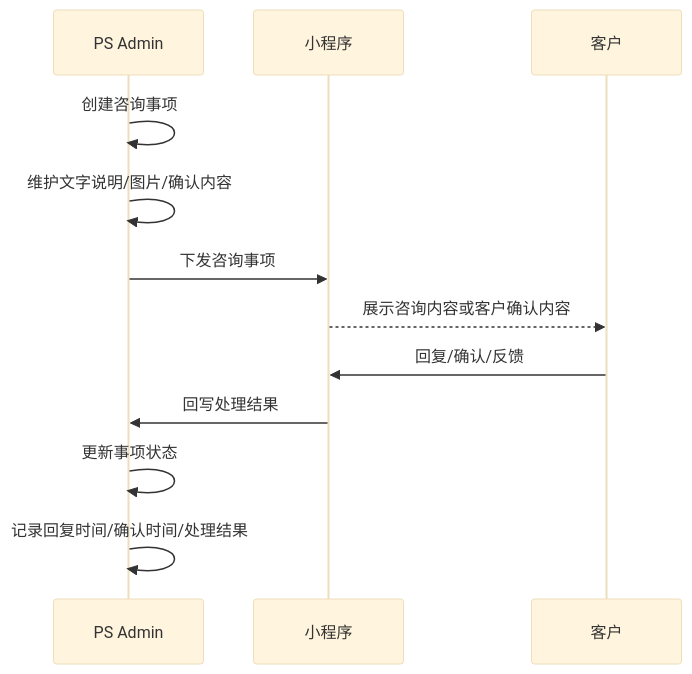
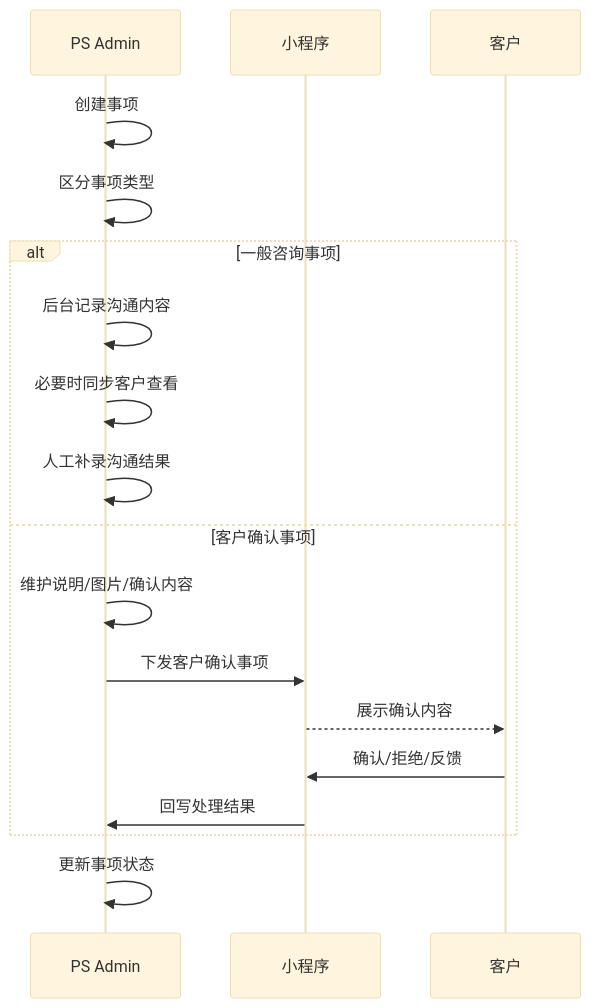
Diagram 13 of 33 in 文档/GM系统需求说明.md (guguohai/gmps), drawn with Mermaid (base theme) before and after one commit. The commit also changed other lines of this file and 8 other files, not shown here.

````diff
--- a/文档/GM系统需求说明.md
+++ b/文档/GM系统需求说明.md
@@ -968,17 +1065,23 @@
 ```mermaid
 sequenceDiagram
     participant A as PS Admin
     participant M as 小程序
     participant C as 客户
 
-    A->>A: 创建咨询事项
-    A->>A: 维护文字说明/图片/确认内容
-    A->>M: 下发咨询事项
+    A->>A: 创建事项
+    A->>A: 区分事项类型
 
-    M-->>C: 展示咨询内容或客户确认内容
-    C->>M: 回复/确认/反馈
-    M->>A: 回写处理结果
+    alt 一般咨询事项
+        A->>A: 后台记录沟通内容
+        A->>A: 必要时同步客户查看
+        A->>A: 人工补录沟通结果
+    else 客户确认事项
+        A->>A: 维护说明/图片/确认内容
+        A->>M: 下发客户确认事项
+        M-->>C: 展示确认内容
+        C->>M: 确认/拒绝/反馈
+        M->>A: 回写处理结果
+    end
 
     A->>A: 更新事项状态
-    A->>A: 记录回复时间/确认时间/处理结果
 ```
````
